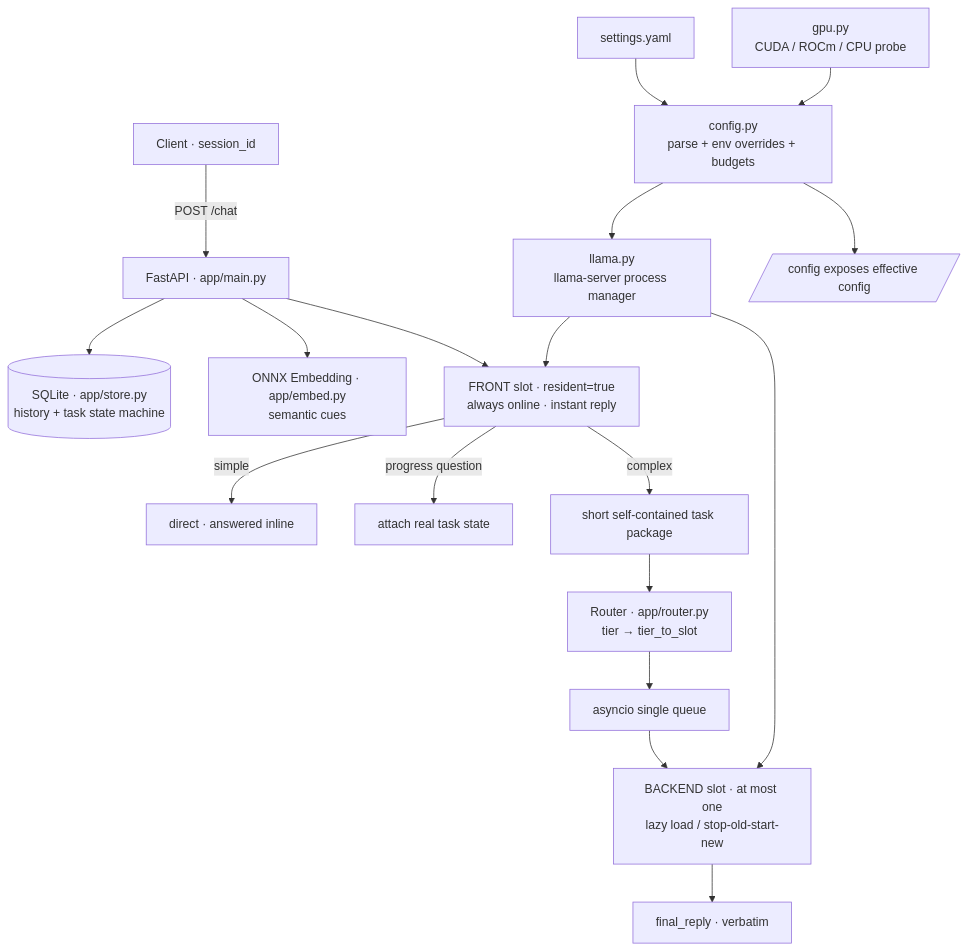
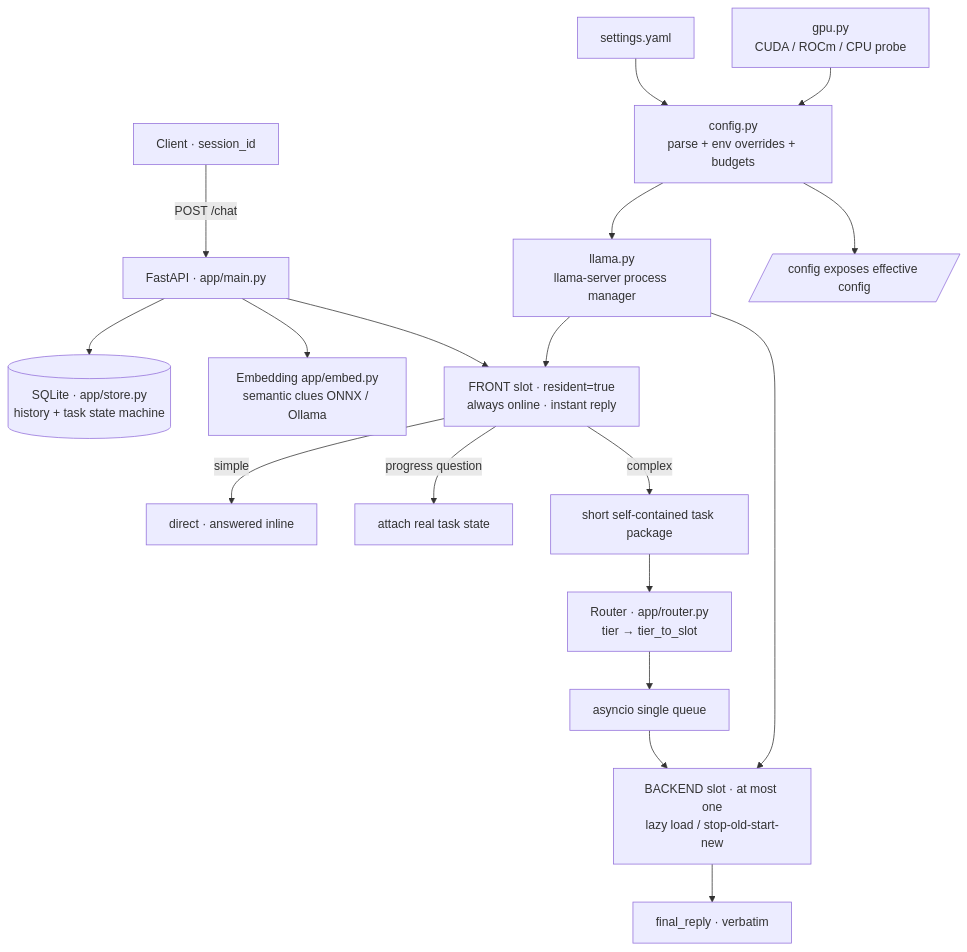
Before and after one commit to liuda1999/explore-router: the diagram in PROJECT_INTRO.en.md, drawn with Mermaid. The commit also changed other lines of this file and 31 other files, not shown here.

````diff
--- a/PROJECT_INTRO.en.md
+++ b/PROJECT_INTRO.en.md
@@ -76,21 +83,21 @@
 ```mermaid
 flowchart TD
     C[Client · session_id] -->|POST /chat| A[FastAPI · app/main.py]
     A --> S[(SQLite · app/store.py<br/>history + task state machine)]
-    A --> E[ONNX Embedding · app/embed.py<br/>semantic cues]
+    A --> E[Embedding app/embed.py<br/>semantic clues ONNX / Ollama]
     A --> F[FRONT slot · resident=true<br/>always online · instant reply]
     F -->|simple| D[direct · answered inline]
     F -->|progress question| P[attach real task state]
     F -->|complex| Q[short self-contained task package]
     Q --> R[Router · app/router.py<br/>tier → tier_to_slot]
     R --> W[asyncio single queue]
     W --> B[BACKEND slot · at most one<br/>lazy load / stop-old-start-new]
     B --> V[final_reply · verbatim]
 
     Y[settings.yaml] --> CFG[config.py<br/>parse + env overrides + budgets]
     GPU[gpu.py<br/>CUDA / ROCm / CPU probe] --> CFG
     CFG --> LL[llama.py<br/>llama-server process manager]
     LL --> F
     LL --> B
     CFG --> API[/config exposes effective config/]
 ```
````
